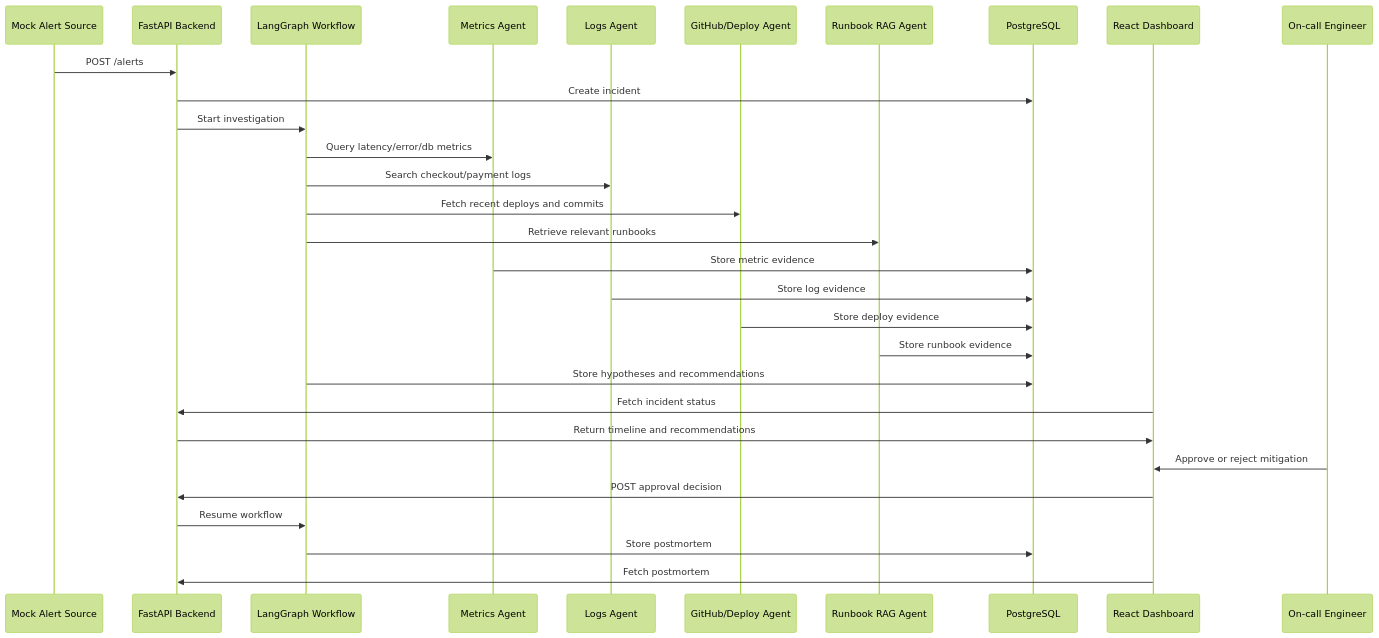
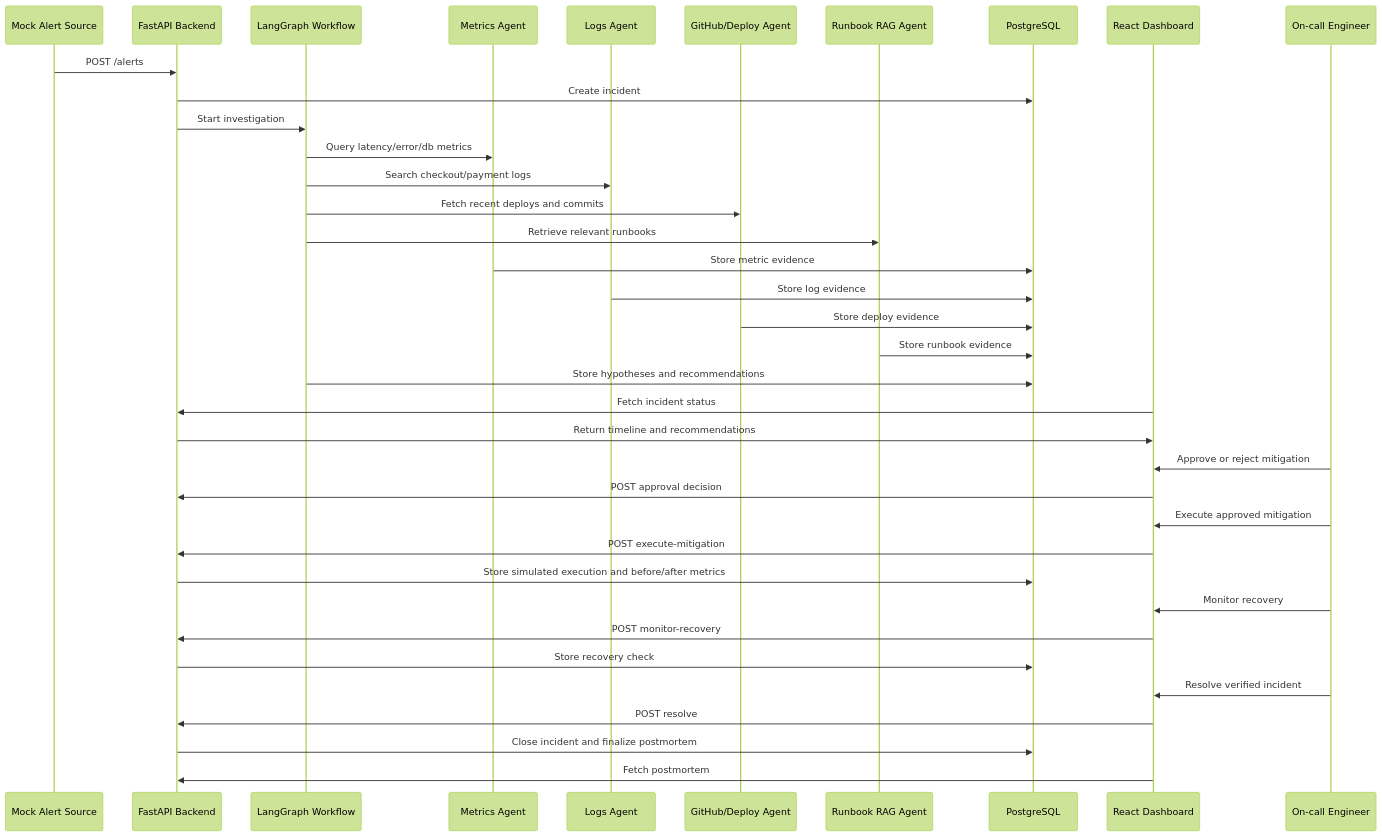
Before and after one commit to Sonawane07/agentic-ai-incident-commander: the second of 2 diagrams in docs/data-flow.md, drawn with Mermaid (forest theme). The commit also changed other lines of this file and 20 other files, not shown here.

Commit message:
Complete mitigation recovery lifecycle

````diff
--- a/docs/data-flow.md
+++ b/docs/data-flow.md
@@ -36,33 +41,40 @@
 ```mermaid
 sequenceDiagram
     participant Alert as Mock Alert Source
     participant API as FastAPI Backend
     participant Graph as LangGraph Workflow
     participant Metrics as Metrics Agent
     participant Logs as Logs Agent
     participant GitHub as GitHub/Deploy Agent
     participant RAG as Runbook RAG Agent
     participant DB as PostgreSQL
     participant UI as React Dashboard
     participant User as On-call Engineer
 
     Alert->>API: POST /alerts
     API->>DB: Create incident
     API->>Graph: Start investigation
     Graph->>Metrics: Query latency/error/db metrics
     Graph->>Logs: Search checkout/payment logs
     Graph->>GitHub: Fetch recent deploys and commits
     Graph->>RAG: Retrieve relevant runbooks
     Metrics->>DB: Store metric evidence
     Logs->>DB: Store log evidence
     GitHub->>DB: Store deploy evidence
     RAG->>DB: Store runbook evidence
     Graph->>DB: Store hypotheses and recommendations
     UI->>API: Fetch incident status
     API->>UI: Return timeline and recommendations
     User->>UI: Approve or reject mitigation
     UI->>API: POST approval decision
-    API->>Graph: Resume workflow
-    Graph->>DB: Store postmortem
+    User->>UI: Execute approved mitigation
+    UI->>API: POST execute-mitigation
+    API->>DB: Store simulated execution and before/after metrics
+    User->>UI: Monitor recovery
+    UI->>API: POST monitor-recovery
+    API->>DB: Store recovery check
+    User->>UI: Resolve verified incident
+    UI->>API: POST resolve
+    API->>DB: Close incident and finalize postmortem
     UI->>API: Fetch postmortem
 ```
````
